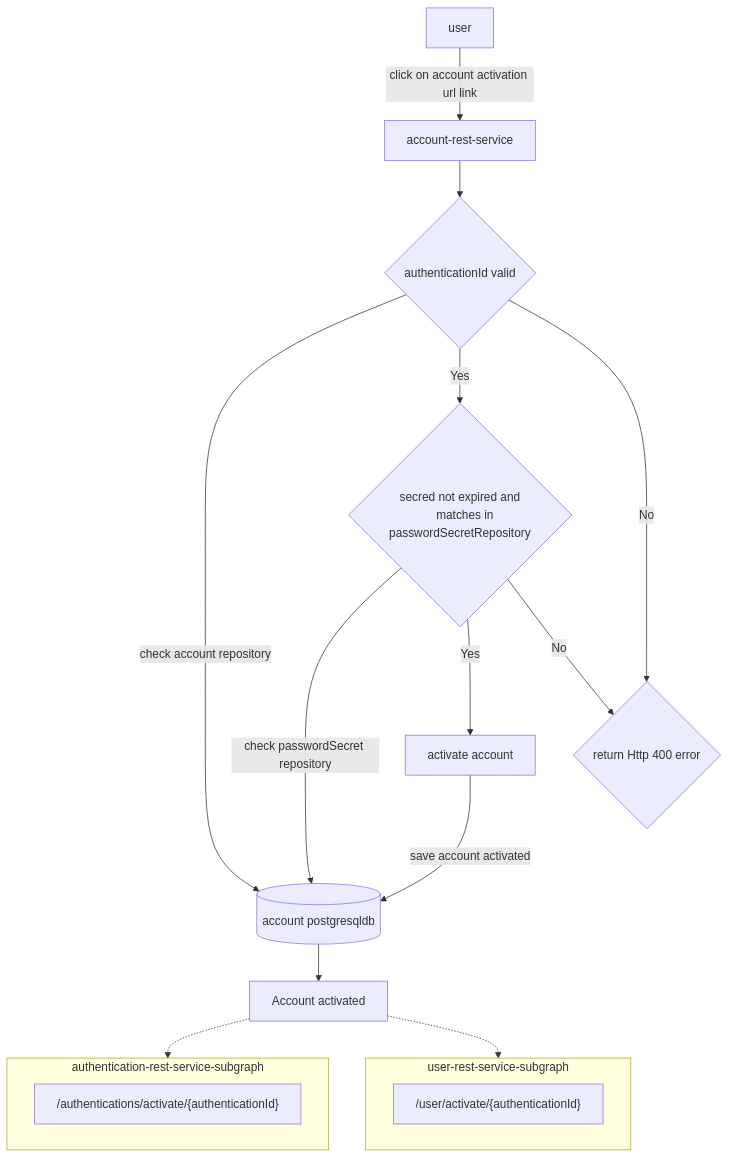
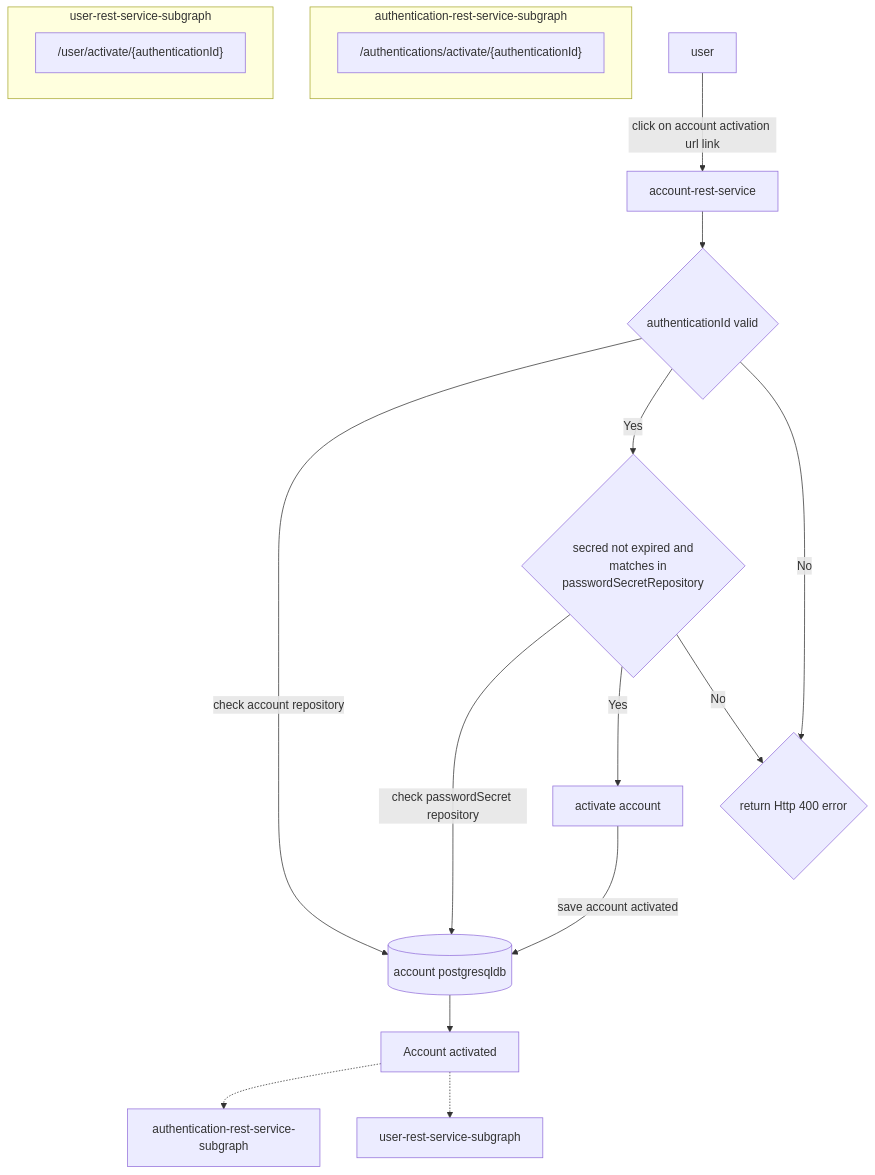
The diagram in README.md (sonamsamdupkhangsar/account-rest-service), drawn with Mermaid before and after one commit.

Commit message:
commit flow

````diff
--- a/README.md
+++ b/README.md
@@ -63,25 +63,25 @@
 ```mermaid
 flowchart TD
     User[user] --"click on account activation url link" -->  AccountRestService[account-rest-service] 
     AccountRestService --> authIdValid{authenticationId valid}
     authIdValid --"check account repository"--> AccountPgsqlDb[(account postgresqldb)]
    authIdValid -->|Yes| secretValid{"secred not expired and
     matches in passwordSecretRepository"}
    authIdValid -->|No| error400{return Http 400 error}
    secretValid --"check passwordSecret repository" -->AccountPgsqlDb
    secretValid -->|Yes| activateAccount[activate account]
    activateAccount --"save account activated" --> AccountPgsqlDb
    AccountPgsqlDb --> accountActivated["Account activated"]
    secretValid -->|No| error400    
-   accountActivated -.-> authentication-rest-service-subgraph["authentication-rest-service-subgrph"]
+   accountActivated -.-> authenticationRestServiceSubgraph["authentication-rest-service-subgraph"]
    
-   accountActivated -.-> user-rest-service-subgraph[user-rest-service]
+   accountActivated -.-> userRestServiceSubgraph[user-rest-service-subgraph]
     
     subgraph authentication-rest-service-subgraph
     authentication-rest-service["/authentications/activate/{authenticationId}"]
     end
     
     subgraph user-rest-service-subgraph
     user-rest-service["/user/activate/{authenticationId}"]
     end    
 ```
````
